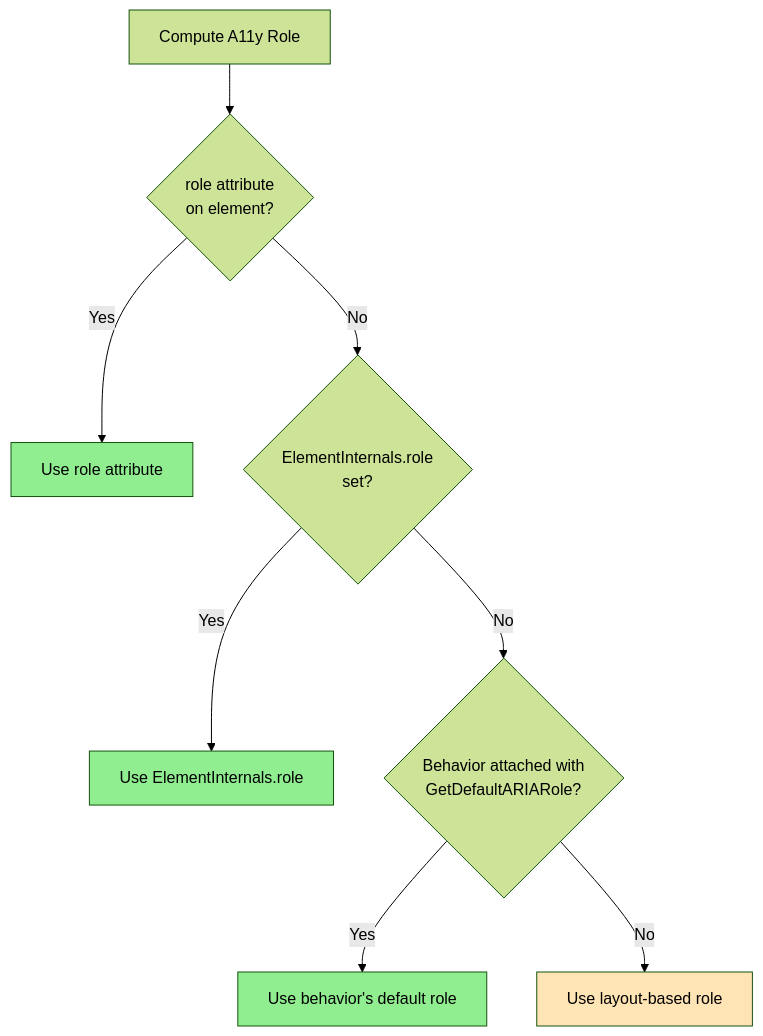
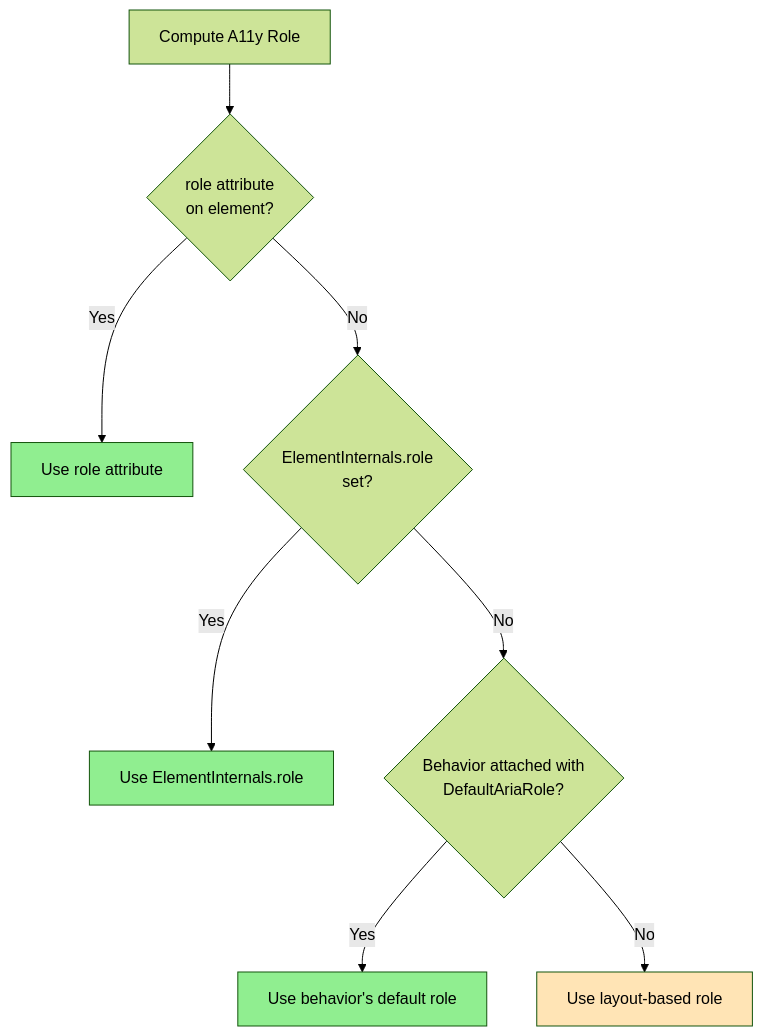
One commit to anaskim/Diagrams changed the diagram in PlatformProvidedBehaviors/AccessibilityFlowChart.md. Above: the diagram before and after it, drawn with Mermaid (forest theme).

Commit message:
Update flowchart behavior reference from GetDefaultARIARole to DefaultAriaRole

````diff
--- a/PlatformProvidedBehaviors/AccessibilityFlowChart.md
+++ b/PlatformProvidedBehaviors/AccessibilityFlowChart.md
@@ -1,15 +1,15 @@
 ```mermaid
 flowchart TD
     A[Compute A11y Role] --> B{role attribute<br/>on element?}
     B -->|Yes| C[Use role attribute]
     B -->|No| D{ElementInternals.role<br/>set?}
     D -->|Yes| E[Use ElementInternals.role]
-    D -->|No| F{"Behavior attached with<br/>GetDefaultARIARole?"}
+    D -->|No| F{"Behavior attached with<br/>DefaultAriaRole?"}
     F -->|Yes| G[Use behavior's default role]
     F -->|No| H[Use layout-based role]
 
     style C fill:#90EE90,color:#000000
     style E fill:#90EE90,color:#000000
     style G fill:#90EE90,color:#000000
     style H fill:#FFE4B5,color:#000000
 ```
````
